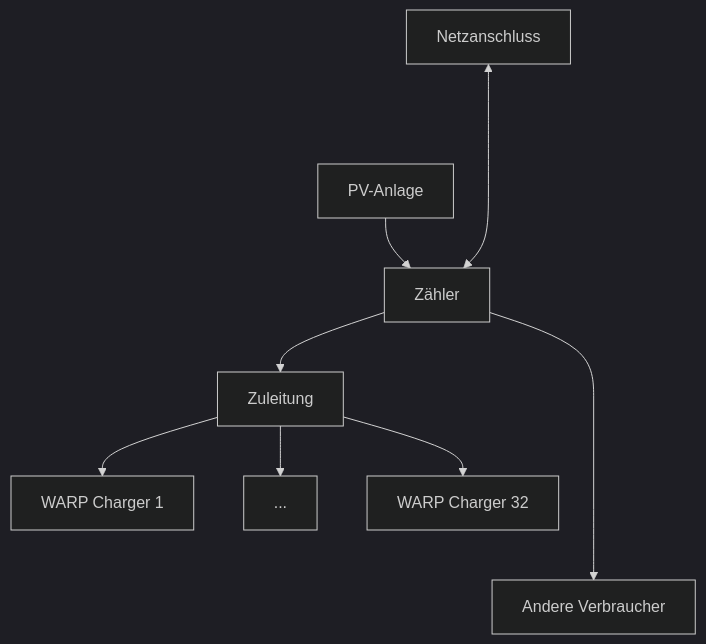
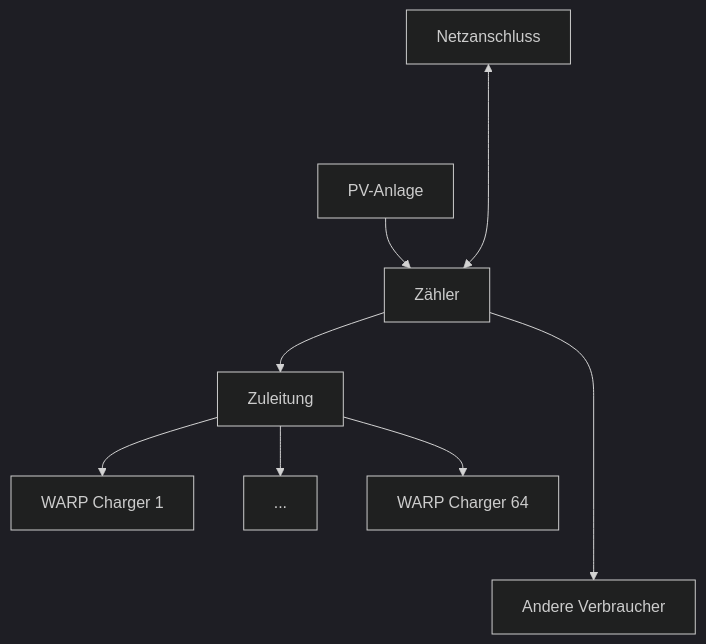
The diagram in docs.warp-charger.com/docs/tutorials/charge_management_details.md (Tinkerforge/warp-charger), drawn with Mermaid (dark theme) before and after one commit. The commit also changed 34 other files, not shown here.

````diff
--- a/docs.warp-charger.com/docs/tutorials/charge_management_details.md
+++ b/docs.warp-charger.com/docs/tutorials/charge_management_details.md
@@ -12,10 +12,10 @@
 ```mermaid
 graph TB
     pv["PV-Anlage"]-->meter
     grid["Netzanschluss"]<---->meter["Zähler"]
     meter-->supply["Zuleitung"]
     meter---->consumer["Andere Verbraucher"]
     supply-->charger_1["WARP Charger 1"]
     supply-->charger_2["..."]
-    supply-->charger_3["WARP Charger 32"]
+    supply-->charger_3["WARP Charger 64"]
 ```
````
